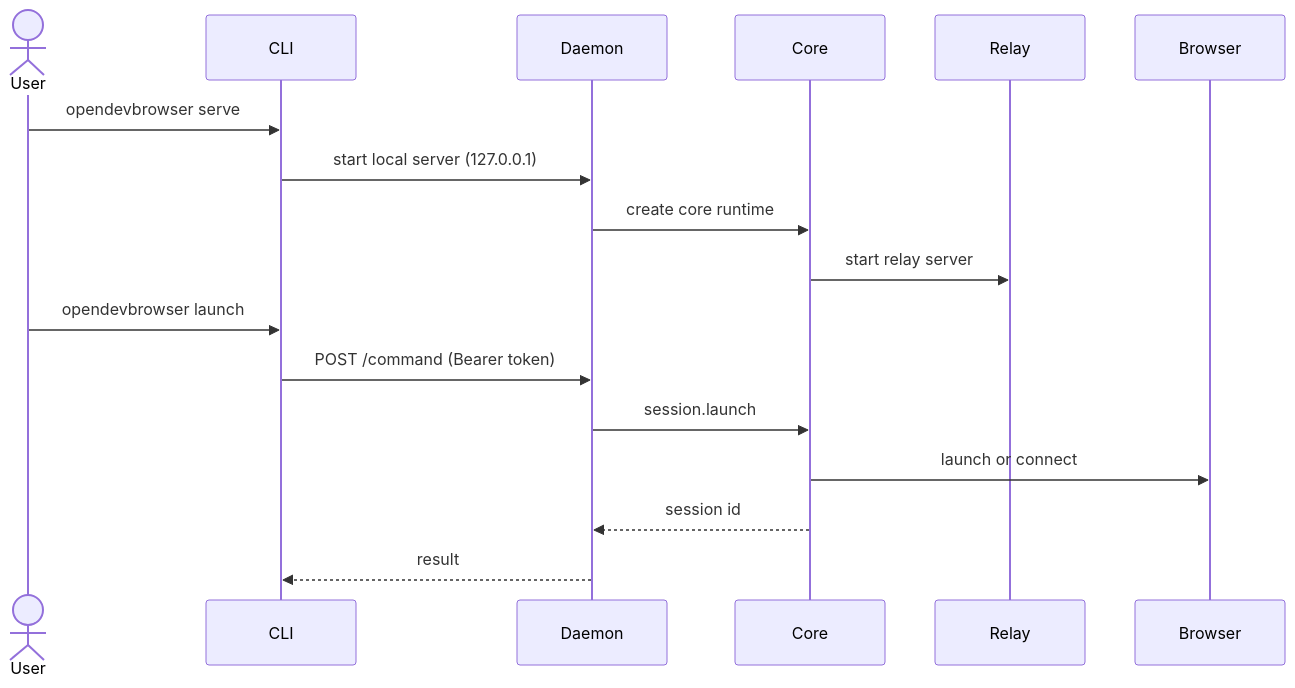
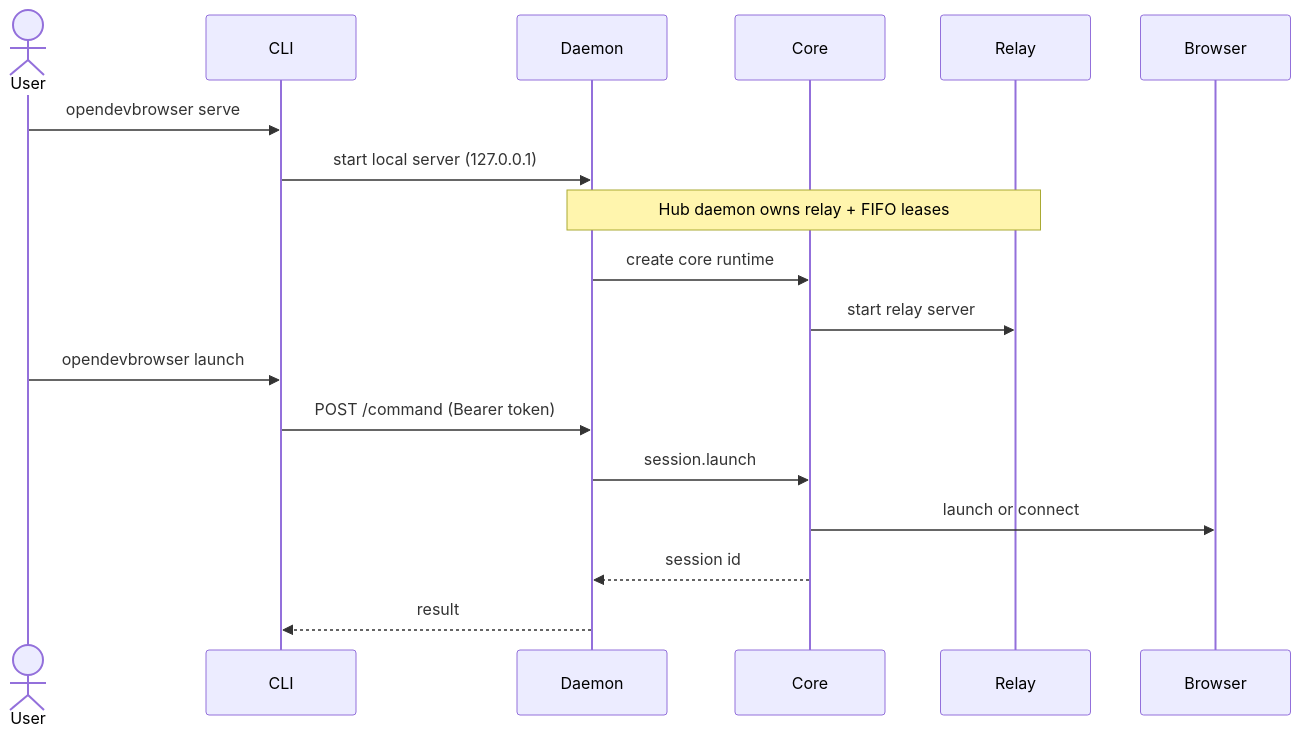
Before and after one commit to freshtechbro/opendevbrowser: the second of 3 diagrams in docs/ARCHITECTURE.md, drawn with Mermaid. The commit also changed other lines of this file and 69 other files, not shown here.

First line of the commit message:
feat: implement relay hub multi-tab flat sessions

````diff
--- a/docs/ARCHITECTURE.md
+++ b/docs/ARCHITECTURE.md
@@ -66,20 +69,21 @@
 ```mermaid
 sequenceDiagram
   actor User
   participant CLI
   participant Daemon
   participant Core
   participant Relay
   participant Browser
 
   User->>CLI: opendevbrowser serve
   CLI->>Daemon: start local server (127.0.0.1)
+  Note over Daemon,Relay: Hub daemon owns relay + FIFO leases
   Daemon->>Core: create core runtime
   Core->>Relay: start relay server
   User->>CLI: opendevbrowser launch
   CLI->>Daemon: POST /command (Bearer token)
   Daemon->>Core: session.launch
   Core->>Browser: launch or connect
   Core-->>Daemon: session id
   Daemon-->>CLI: result
 ```
````
